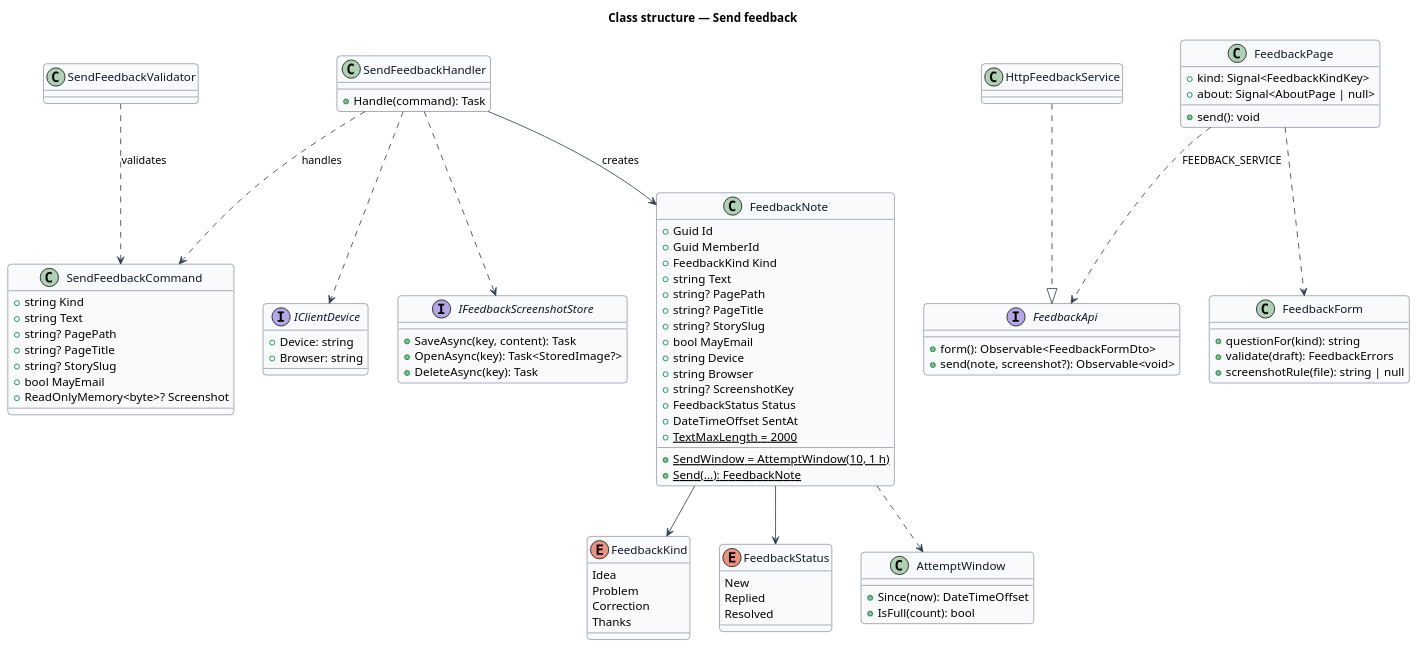
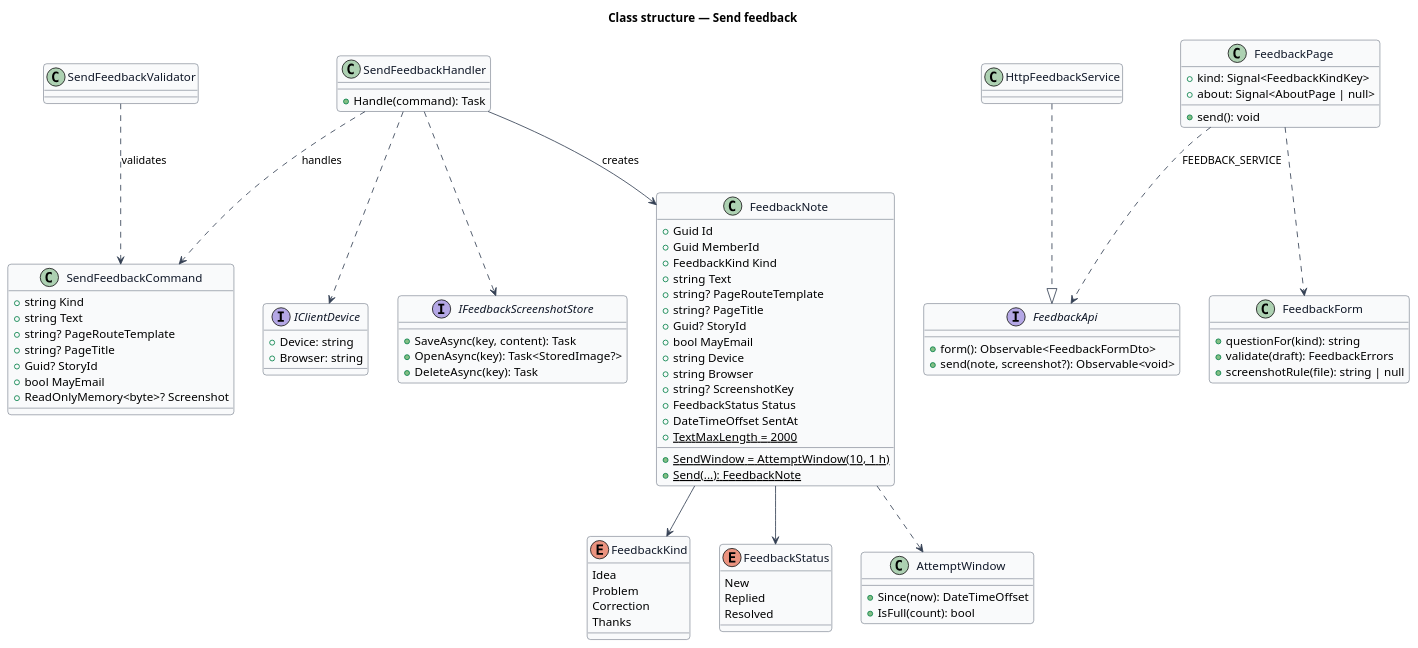
One commit to QuinntyneBrown/christian-fitness changed the diagram in docs/detailed-designs/feedback/send-feedback/diagrams/class.puml. Above: the diagram before and after it, drawn with PlantUML. The commit also changed 25 other files, not shown here.

```diff
--- a/docs/detailed-designs/feedback/send-feedback/diagrams/class.puml
+++ b/docs/detailed-designs/feedback/send-feedback/diagrams/class.puml
@@ -1,95 +1,95 @@
 @startuml
 skinparam backgroundColor #FFFFFF
 skinparam shadowing false
 skinparam roundcorner 8
 skinparam defaultFontName Arial
 skinparam ArrowColor #344054
 skinparam class {
   BorderColor #344054
   FontColor #101828
   BackgroundColor #F9FAFB
 }
 title Class structure — Send feedback
 
 enum FeedbackKind {
   Idea
   Problem
   Correction
   Thanks
 }
 enum FeedbackStatus {
   New
   Replied
   Resolved
 }
 class FeedbackNote {
   +Guid Id
   +Guid MemberId
   +FeedbackKind Kind
   +string Text
-  +string? PagePath
+  +string? PageRouteTemplate
   +string? PageTitle
-  +string? StorySlug
+  +Guid? StoryId
   +bool MayEmail
   +string Device
   +string Browser
   +string? ScreenshotKey
   +FeedbackStatus Status
   +DateTimeOffset SentAt
   +{static} TextMaxLength = 2000
   +{static} SendWindow = AttemptWindow(10, 1 h)
   +{static} Send(...): FeedbackNote
 }
 class SendFeedbackCommand {
   +string Kind
   +string Text
-  +string? PagePath
+  +string? PageRouteTemplate
   +string? PageTitle
-  +string? StorySlug
+  +Guid? StoryId
   +bool MayEmail
   +ReadOnlyMemory<byte>? Screenshot
 }
 class SendFeedbackValidator
 class SendFeedbackHandler {
   +Handle(command): Task
 }
 interface IClientDevice {
   +Device: string
   +Browser: string
 }
 interface IFeedbackScreenshotStore {
   +SaveAsync(key, content): Task
   +OpenAsync(key): Task<StoredImage?>
   +DeleteAsync(key): Task
 }
 class AttemptWindow {
   +Since(now): DateTimeOffset
   +IsFull(count): bool
 }
 interface FeedbackApi {
   +form(): Observable<FeedbackFormDto>
   +send(note, screenshot?): Observable<void>
 }
 class HttpFeedbackService
 class FeedbackPage {
   +kind: Signal<FeedbackKindKey>
   +about: Signal<AboutPage | null>
   +send(): void
 }
 class FeedbackForm {
   +questionFor(kind): string
   +validate(draft): FeedbackErrors
   +screenshotRule(file): string | null
 }
 FeedbackNote --> FeedbackKind
 FeedbackNote --> FeedbackStatus
 FeedbackNote ..> AttemptWindow
 SendFeedbackHandler ..> SendFeedbackCommand : handles
 SendFeedbackValidator ..> SendFeedbackCommand : validates
 SendFeedbackHandler --> FeedbackNote : creates
 SendFeedbackHandler ..> IClientDevice
 SendFeedbackHandler ..> IFeedbackScreenshotStore
 HttpFeedbackService ..|> FeedbackApi
 FeedbackPage ..> FeedbackApi : FEEDBACK_SERVICE
 FeedbackPage ..> FeedbackForm
 @enduml
```
